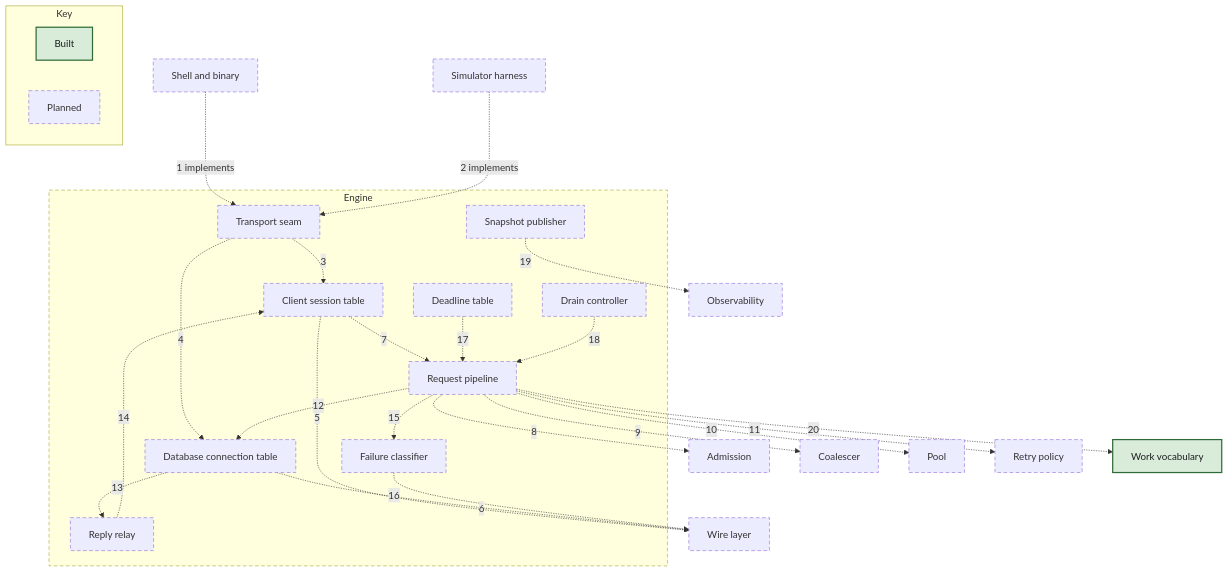
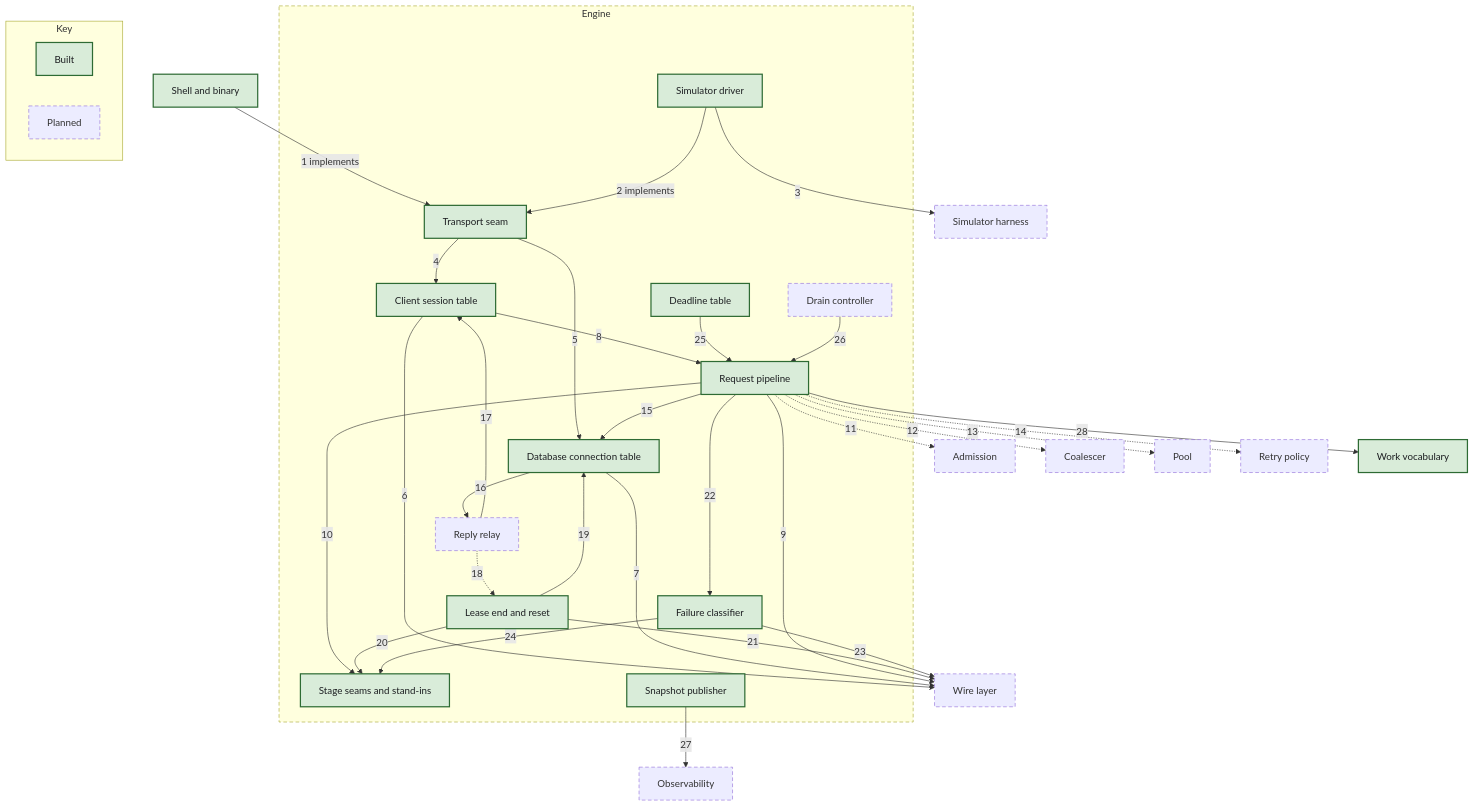
Before and after one commit to nickstrad/mini-gateway: the diagram in docs/c4/diagrams/05-component-engine.mmd, drawn with Mermaid. The commit also changed 21 other files, not shown here.

Commit message:
c4: mark chunk 6 built (walking skeleton: engine, shell, config, e2e) and bring the engine, container, simulator and observability diagrams up to date

```diff
--- a/docs/c4/diagrams/05-component-engine.mmd
+++ b/docs/c4/diagrams/05-component-engine.mmd
@@ -1,48 +1,59 @@
 flowchart TB
-  N_SHELL["Shell and binary"]:::planned
+  N_SHELL["Shell and binary"]:::built
   N_SIM["Simulator harness"]:::planned
   N_PGWIRE["Wire layer"]:::planned
   N_ADM["Admission"]:::planned
   N_COAL["Coalescer"]:::planned
   N_POOL["Pool"]:::planned
   N_RETRY["Retry policy"]:::planned
   N_OBS["Observability"]:::planned
   N_WORK["Work vocabulary"]:::built
   subgraph SCOPE["Engine"]
-    E_TRANSPORT["Transport seam"]:::planned
-    E_SESSIONS["Client session table"]:::planned
-    E_BACKENDS["Database connection table"]:::planned
-    E_PIPELINE["Request pipeline"]:::planned
+    E_TRANSPORT["Transport seam"]:::built
+    E_SESSIONS["Client session table"]:::built
+    E_BACKENDS["Database connection table"]:::built
+    E_PIPELINE["Request pipeline"]:::built
+    E_SEAMS["Stage seams and stand-ins"]:::built
+    E_RESET["Lease end and reset"]:::built
     E_RELAY["Reply relay"]:::planned
-    E_FAIL["Failure classifier"]:::planned
-    E_CLOCK["Deadline table"]:::planned
+    E_FAIL["Failure classifier"]:::built
+    E_CLOCK["Deadline table"]:::built
     E_DRAIN["Drain controller"]:::planned
-    E_PUBLISH["Snapshot publisher"]:::planned
+    E_PUBLISH["Snapshot publisher"]:::built
+    E_PROXYSIM["Simulator driver"]:::built
   end
-  N_SHELL -.->|1 implements| E_TRANSPORT
-  N_SIM -.->|2 implements| E_TRANSPORT
-  E_TRANSPORT -.->|3| E_SESSIONS
-  E_TRANSPORT -.->|4| E_BACKENDS
-  E_SESSIONS -.->|5| N_PGWIRE
-  E_BACKENDS -.->|6| N_PGWIRE
-  E_SESSIONS -.->|7| E_PIPELINE
-  E_PIPELINE -.->|8| N_ADM
-  E_PIPELINE -.->|9| N_COAL
-  E_PIPELINE -.->|10| N_POOL
-  E_PIPELINE -.->|11| N_RETRY
-  E_PIPELINE -.->|12| E_BACKENDS
-  E_BACKENDS -.->|13| E_RELAY
-  E_RELAY -.->|14| E_SESSIONS
-  E_PIPELINE -.->|15| E_FAIL
-  E_FAIL -.->|16| N_PGWIRE
-  E_CLOCK -.->|17| E_PIPELINE
-  E_DRAIN -.->|18| E_PIPELINE
-  E_PUBLISH -.->|19| N_OBS
-  E_PIPELINE -.->|20| N_WORK
+  N_SHELL -->|1 implements| E_TRANSPORT
+  E_PROXYSIM -->|2 implements| E_TRANSPORT
+  E_PROXYSIM -->|3| N_SIM
+  E_TRANSPORT -->|4| E_SESSIONS
+  E_TRANSPORT -->|5| E_BACKENDS
+  E_SESSIONS -->|6| N_PGWIRE
+  E_BACKENDS -->|7| N_PGWIRE
+  E_SESSIONS -->|8| E_PIPELINE
+  E_PIPELINE -->|9| N_PGWIRE
+  E_PIPELINE -->|10| E_SEAMS
+  E_PIPELINE -.->|11| N_ADM
+  E_PIPELINE -.->|12| N_COAL
+  E_PIPELINE -.->|13| N_POOL
+  E_PIPELINE -.->|14| N_RETRY
+  E_PIPELINE -->|15| E_BACKENDS
+  E_BACKENDS -->|16| E_RELAY
+  E_RELAY -->|17| E_SESSIONS
+  E_RELAY -.->|18| E_RESET
+  E_RESET -->|19| E_BACKENDS
+  E_RESET -->|20| E_SEAMS
+  E_RESET -->|21| N_PGWIRE
+  E_PIPELINE -->|22| E_FAIL
+  E_FAIL -->|23| N_PGWIRE
+  E_FAIL -->|24| E_SEAMS
+  E_CLOCK -->|25| E_PIPELINE
+  E_DRAIN -->|26| E_PIPELINE
+  E_PUBLISH -->|27| N_OBS
+  E_PIPELINE -->|28| N_WORK
   subgraph KEY["Key"]
     KEY_BUILT["Built"]:::built
     KEY_PLANNED["Planned"]:::planned
   end
   classDef built fill:#d9ecd9,stroke:#2e6b34,stroke-width:2px,color:#1c1e21
   classDef planned stroke-width:1px,stroke-dasharray:6 4
   style SCOPE stroke-dasharray:6 4
```
